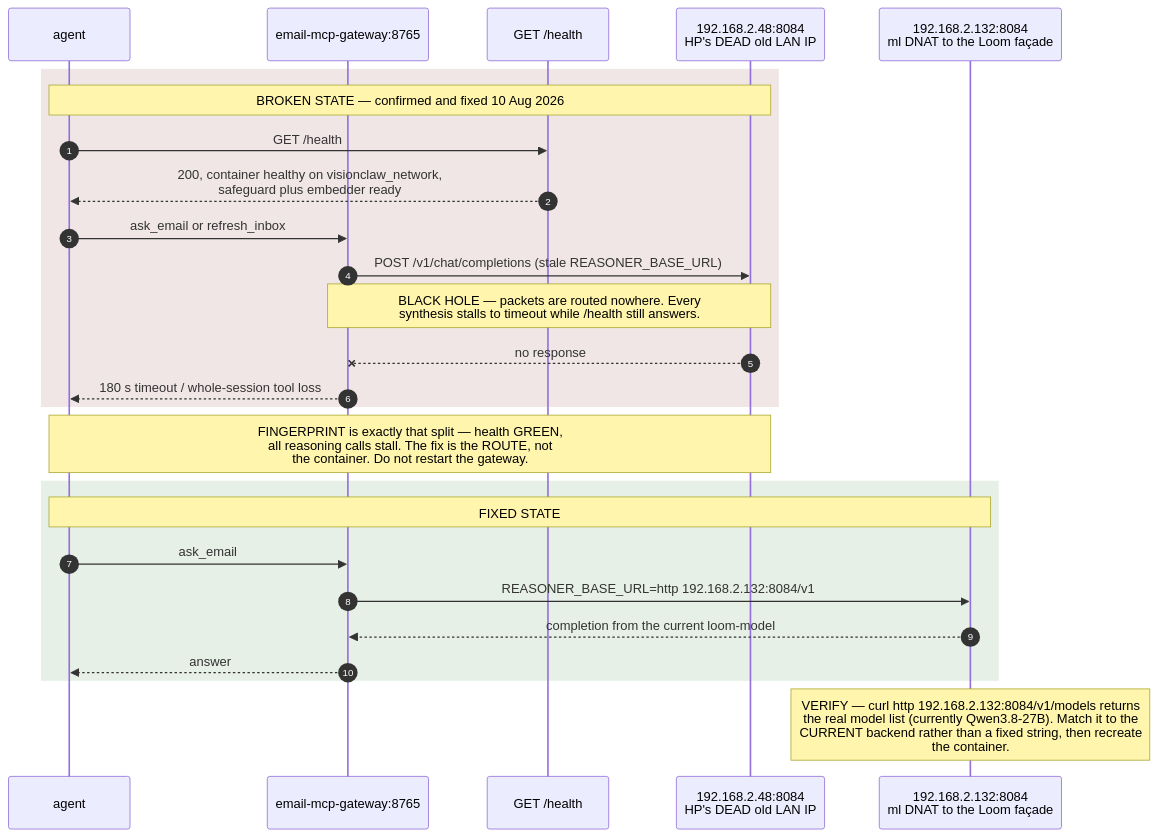
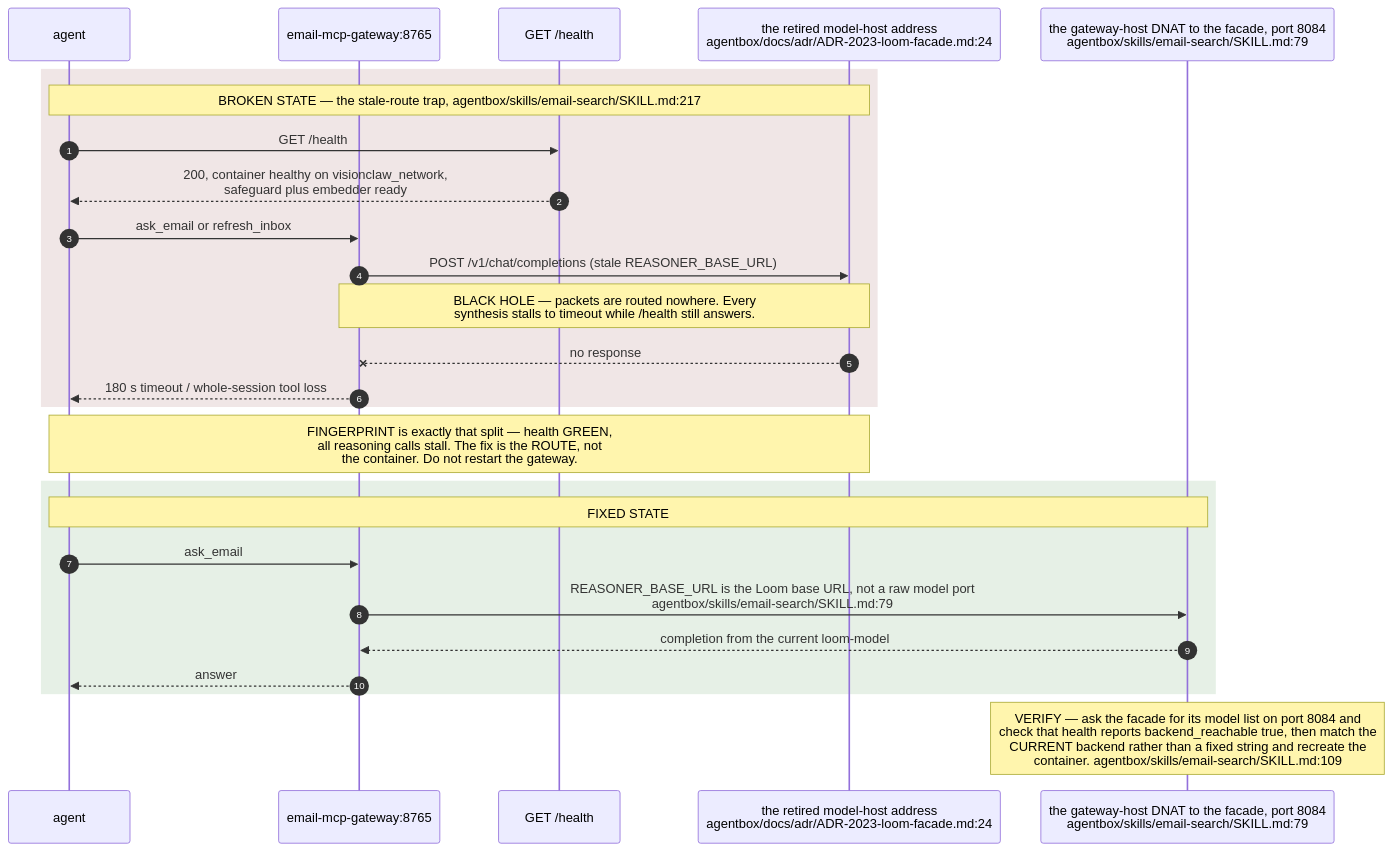
The seventh of 11 diagrams in docs/diagrams/estate/06-loom-and-email-privacy-path.md (DreamLab-AI/VisionFlow), drawn with Mermaid before and after one commit. The commit also changed other lines of this file and 12 other files, not shown here.

````diff
--- a/docs/diagrams/estate/06-loom-and-email-privacy-path.md
+++ b/docs/diagrams/estate/06-loom-and-email-privacy-path.md
@@ -218,29 +220,29 @@
 ```mermaid
 sequenceDiagram
     autonumber
     participant A as agent
     participant G as email-mcp-gateway:8765
     participant H as GET /health
-    participant DEAD as 192.168.2.48:8084<br/>HP's DEAD old LAN IP
-    participant GOOD as 192.168.2.132:8084<br/>ml DNAT to the Loom façade
+    participant DEAD as the retired model-host address<br/>agentbox/docs/adr/ADR-2023-loom-facade.md:24
+    participant GOOD as the gateway-host DNAT to the facade, port 8084<br/>agentbox/skills/email-search/SKILL.md:79
 
     rect rgb(240,230,230)
-    Note over A,DEAD: BROKEN STATE — confirmed and fixed 10 Aug 2026
+    Note over A,DEAD: BROKEN STATE — the stale-route trap, agentbox/skills/email-search/SKILL.md:217
     A->>H: GET /health
     H-->>A: 200, container healthy on visionclaw_network,<br/>safeguard plus embedder ready
     A->>G: ask_email or refresh_inbox
     G->>DEAD: POST /v1/chat/completions (stale REASONER_BASE_URL)
     Note over G,DEAD: BLACK HOLE — packets are routed nowhere. Every<br/>synthesis stalls to timeout while /health still answers.
     DEAD--xG: no response
     G-->>A: 180 s timeout / whole-session tool loss
     end
     Note over A,DEAD: FINGERPRINT is exactly that split — health GREEN,<br/>all reasoning calls stall. The fix is the ROUTE, not<br/>the container. Do not restart the gateway.
     rect rgb(230,240,230)
     Note over A,GOOD: FIXED STATE
     A->>G: ask_email
-    G->>GOOD: REASONER_BASE_URL=http 192.168.2.132:8084/v1
+    G->>GOOD: REASONER_BASE_URL is the Loom base URL, not a raw model port<br/>agentbox/skills/email-search/SKILL.md:79
     GOOD-->>G: completion from the current loom-model
     G-->>A: answer
     end
-    Note over GOOD: VERIFY — curl http 192.168.2.132:8084/v1/models returns<br/>the real model list (currently Qwen3.8-27B). Match it to the<br/>CURRENT backend rather than a fixed string, then recreate<br/>the container.
+    Note over GOOD: VERIFY — ask the facade for its model list on port 8084 and<br/>check that health reports backend_reachable true, then match the<br/>CURRENT backend rather than a fixed string and recreate the<br/>container. agentbox/skills/email-search/SKILL.md:109
 ```
````
